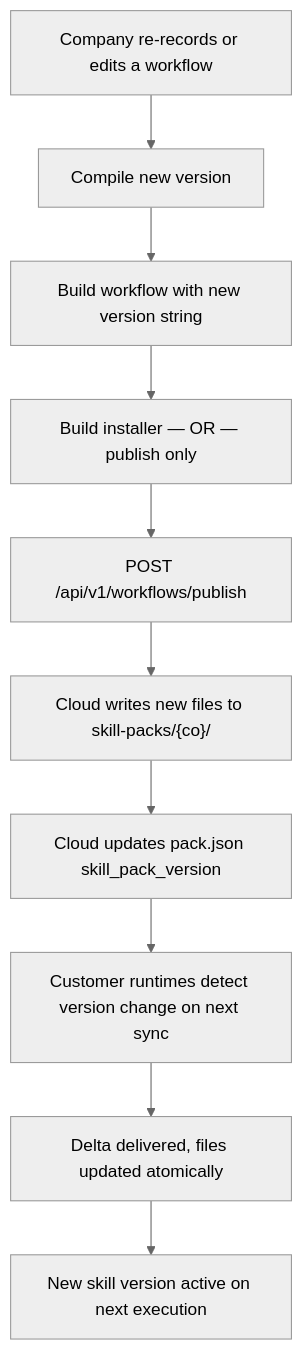
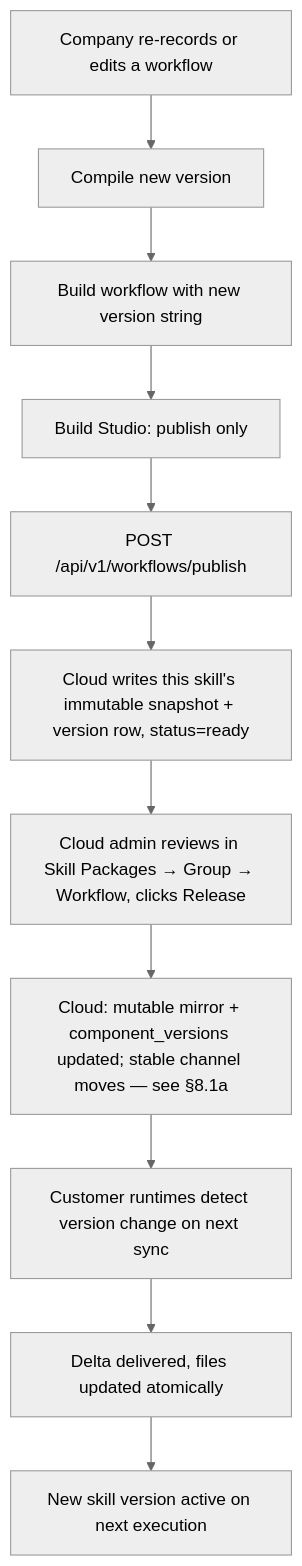
One commit to Cannonbold2412/CONXA changed diagram 16 of 20 in docs/App-Flow.md. Above: the diagram before and after it, drawn with Mermaid (neutral theme). The commit also changed other lines of this file and 6 other files, not shown here.

First line of the commit message:
docs: document per-skill release scoping, Cloud release center, and groups sync

````diff
--- a/docs/App-Flow.md
+++ b/docs/App-Flow.md
@@ -590,12 +639,13 @@
 ```mermaid
 flowchart TD
     A[Company re-records or edits a workflow] --> B[Compile new version]
     B --> C[Build workflow with new version string]
-    C --> D[Build installer — OR — publish only]
+    C --> D[Build Studio: publish only]
     D --> E[POST /api/v1/workflows/publish]
-    E --> F["Cloud writes new files to skill-packs/{co}/"]
-    F --> G[Cloud updates pack.json skill_pack_version]
-    G --> H[Customer runtimes detect version change on next sync]
-    H --> I[Delta delivered, files updated atomically]
-    I --> J[New skill version active on next execution]
+    E --> F["Cloud writes this skill's immutable snapshot + version row, status=ready"]
+    F --> G["Cloud admin reviews in Skill Packages → Group → Workflow, clicks Release"]
+    G --> H["Cloud: mutable mirror + component_versions updated; stable channel moves — see §8.1a"]
+    H --> I[Customer runtimes detect version change on next sync]
+    I --> J[Delta delivered, files updated atomically]
+    J --> K[New skill version active on next execution]
 ```
````
